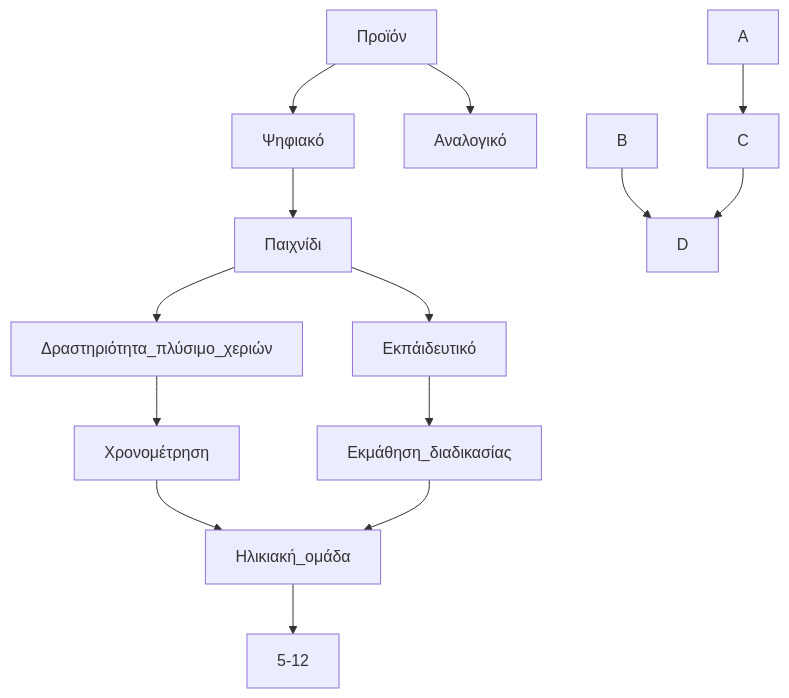
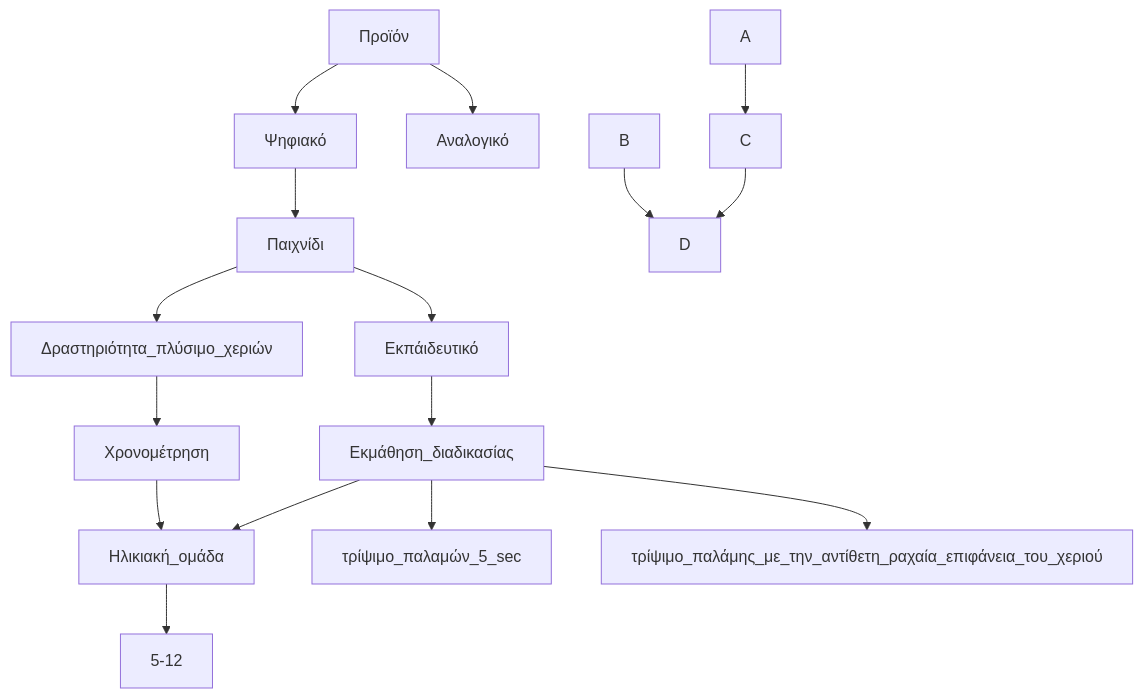
Before and after one commit to Ebabouraki/Interaction-Design-Project-Assignment: the diagram in our_report/README.md, drawn with Mermaid.

````diff
--- a/our_report/README.md
+++ b/our_report/README.md
@@ -200,22 +200,26 @@
 ```mermaid
   graph TD;
       Προϊόν --> Ψηφιακό;
       Προϊόν --> Αναλογικό;
       Ψηφιακό --> Παιχνίδι;
       Παιχνίδι --> Δραστηριότητα_πλύσιμο_χεριών;
       Δραστηριότητα_πλύσιμο_χεριών --> Χρονομέτρηση;
       Χρονομέτρηση --> Ηλικιακή_ομάδα;
       Παιχνίδι --> Εκπάιδευτικό;
       Εκπάιδευτικό --> Εκμάθηση_διαδικασίας;
       Εκμάθηση_διαδικασίας --> Ηλικιακή_ομάδα;
       Ηλικιακή_ομάδα --> 5-12;
+      Εκμάθηση_διαδικασίας --> τρίψιμο_παλαμών_5_sec;
+      Εκμάθηση_διαδικασίας --> τρίψιμο_παλάμης_με_την_αντίθετη_ραχαία_επιφάνεια_του_χεριού;
+      
+           
       
       
     
     
       
          
       A-->C;
       B-->D;
       C-->D;
 ```
````
